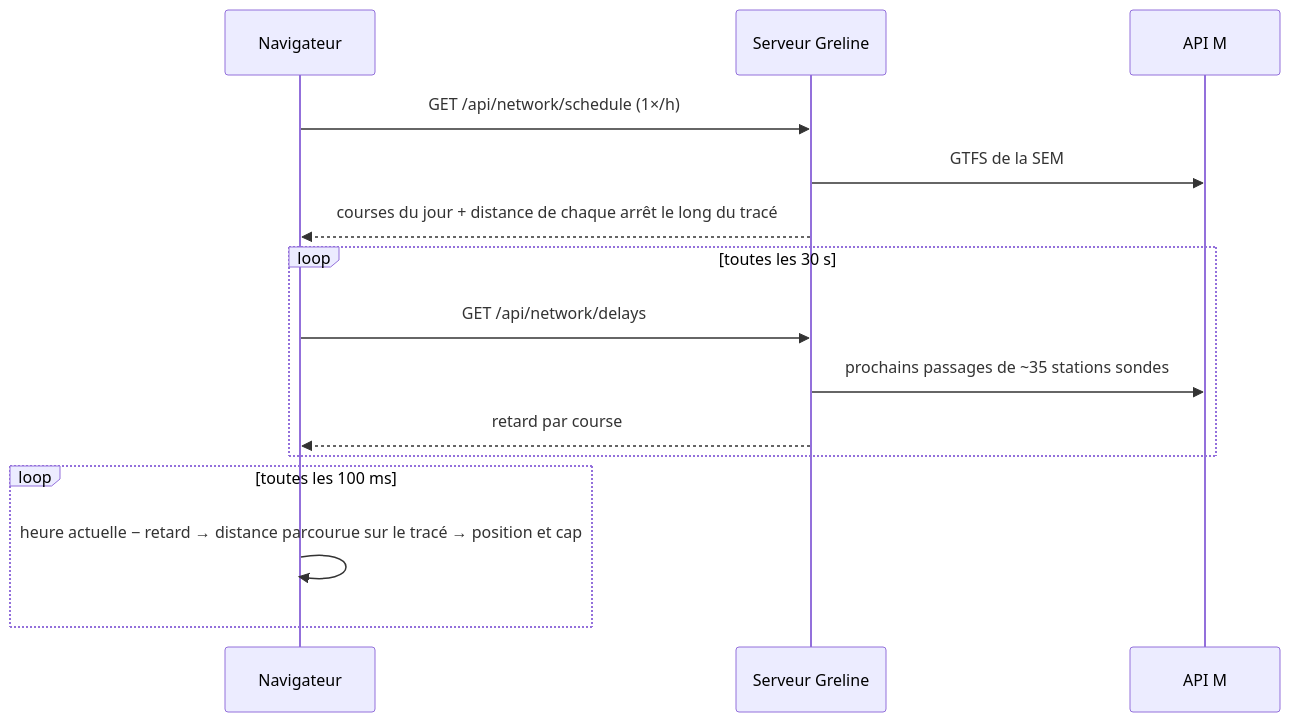
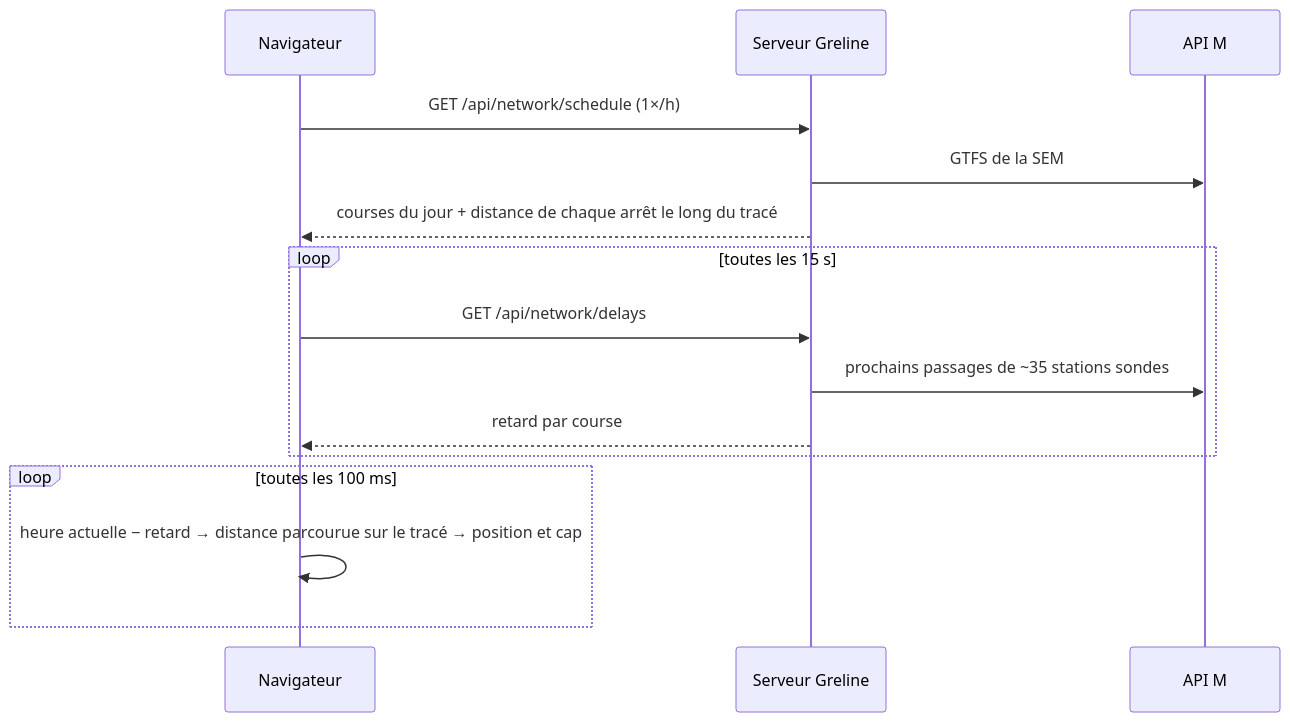
The second of 3 diagrams in README.md (Feareis/greline), drawn with Mermaid before and after one commit. The commit also changed other lines of this file and 9 other files, not shown here.

````diff
--- a/README.md
+++ b/README.md
@@ -94,18 +94,18 @@
 ```mermaid
 sequenceDiagram
     participant C as Navigateur
     participant S as Serveur Greline
     participant M as API M
 
     C->>S: GET /api/network/schedule (1×/h)
     S->>M: GTFS de la SEM
     S-->>C: courses du jour + distance de chaque arrêt le long du tracé
-    loop toutes les 30 s
+    loop toutes les 15 s
         C->>S: GET /api/network/delays
         S->>M: prochains passages de ~35 stations sondes
         S-->>C: retard par course
     end
     loop toutes les 100 ms
         C->>C: heure actuelle − retard → distance parcourue sur le tracé → position et cap
     end
 ```
````
